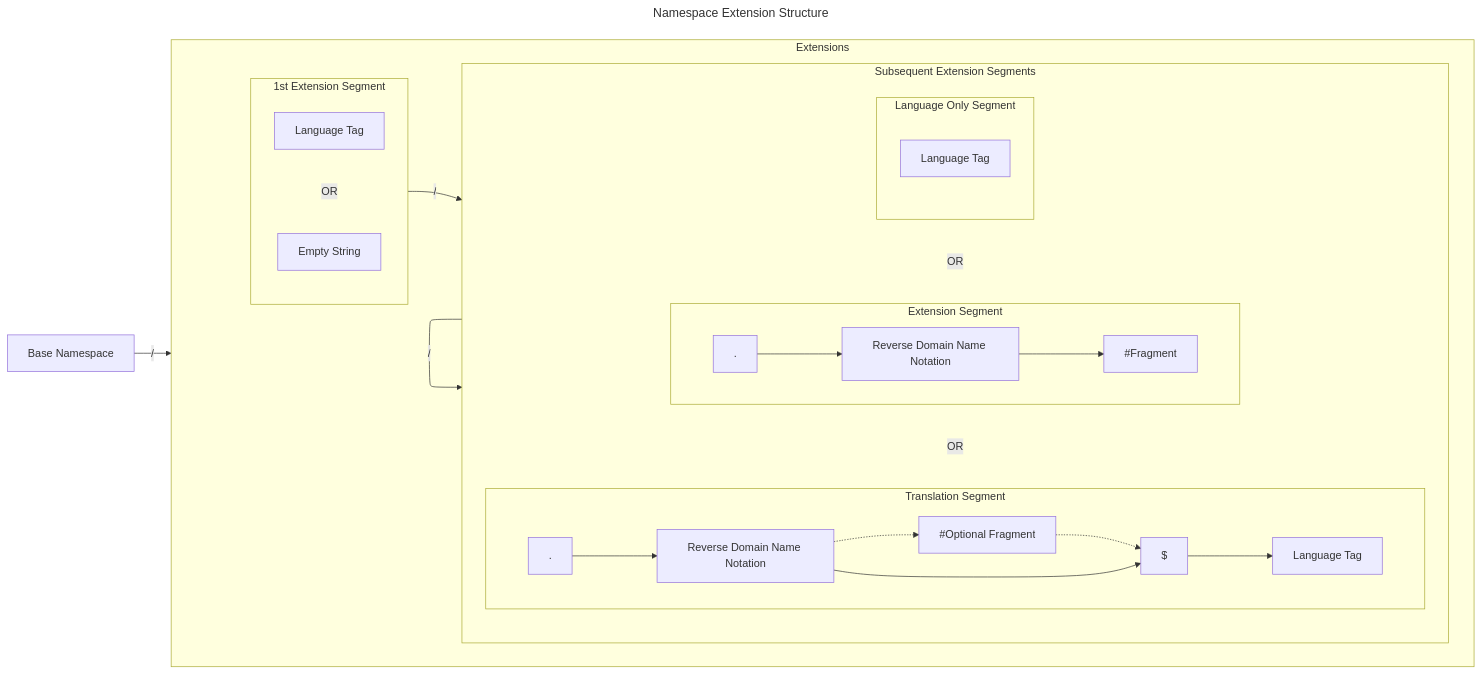
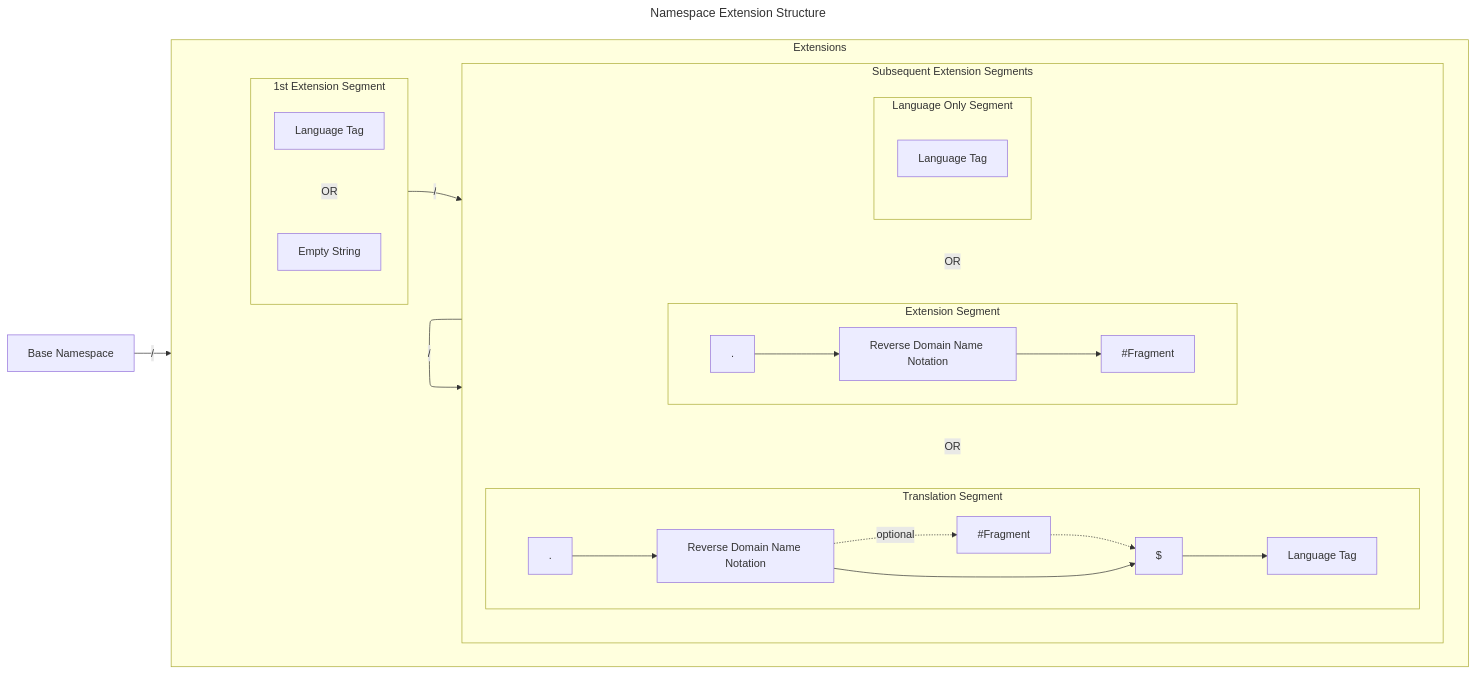
One commit to CERTCC/SSVC changed the third of 3 diagrams in docs/reference/code/namespaces.md. Above: the diagram before and after it, drawn with Mermaid. The commit also changed other lines of this file, not shown here.

````diff
--- a/docs/reference/code/namespaces.md
+++ b/docs/reference/code/namespaces.md
@@ -280,52 +280,52 @@
 ```mermaid
 ---
 title: Namespace Extension Structure
 ---
 flowchart LR
 
 subgraph exts[Extensions]
     direction LR
     subgraph first[1st Extension Segment]
         direction TB
         lang[Language Tag]
         empty_lang[Empty String]
         lang ~~~|OR| empty_lang
     end
     subgraph ext[Subsequent Extension Segments]
         direction TB
         
         subgraph lang_seg[Language Only Segment]
             e_lang[Language Tag]
         end
         
         subgraph e_dot[Extension Segment]
             direction LR
             dot[.]
             reverse_ns_ext[Reverse Domain Name Notation]
             fragment[#Fragment]
     
             dot --> reverse_ns_ext --> fragment
         end
         
         subgraph translation[Translation Segment]
             direction LR
             t_dot[.]
             t_reverse_ns_ext[Reverse Domain Name Notation]
-            t_fragment[#Optional Fragment]
+            t_fragment[#Fragment]
             t_dollar[$]
             t_lang[Language Tag]
             
-            t_dot --> t_reverse_ns_ext -.-> t_fragment -.-> t_dollar --> t_lang
+            t_dot --> t_reverse_ns_ext -.->|optional| t_fragment -.-> t_dollar --> t_lang
             t_reverse_ns_ext --> t_dollar
         end
         
         lang_seg ~~~|OR| e_dot ~~~|OR| translation
     end
     first -->|/| ext
     ext -->|/| ext
 end
 
 base_ns[Base Namespace]
 base_ns -->|/| first
 
 ```
````
